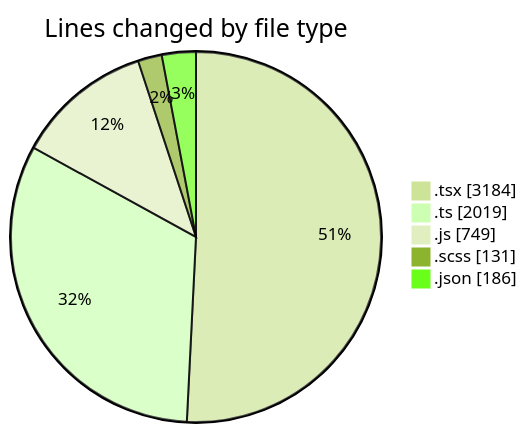
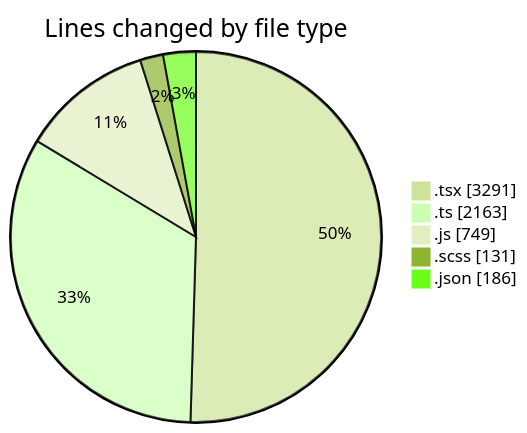
Before and after one commit to momahboobian/code-tracking: the first of 2 diagrams in 2026-06-11/cda/README.md, drawn with Mermaid (forest theme). The commit also changed other lines of this file and 1 other file, not shown here.

````diff
--- a/2026-06-11/cda/README.md
+++ b/2026-06-11/cda/README.md
@@ -57,9 +58,9 @@
 ```mermaid
 pie showData
 title Lines changed by file type
-".tsx" : 3184
-".ts" : 2019
+".tsx" : 3291
+".ts" : 2163
 ".js" : 749
 ".scss" : 131
 ".json" : 186
 ```
````
